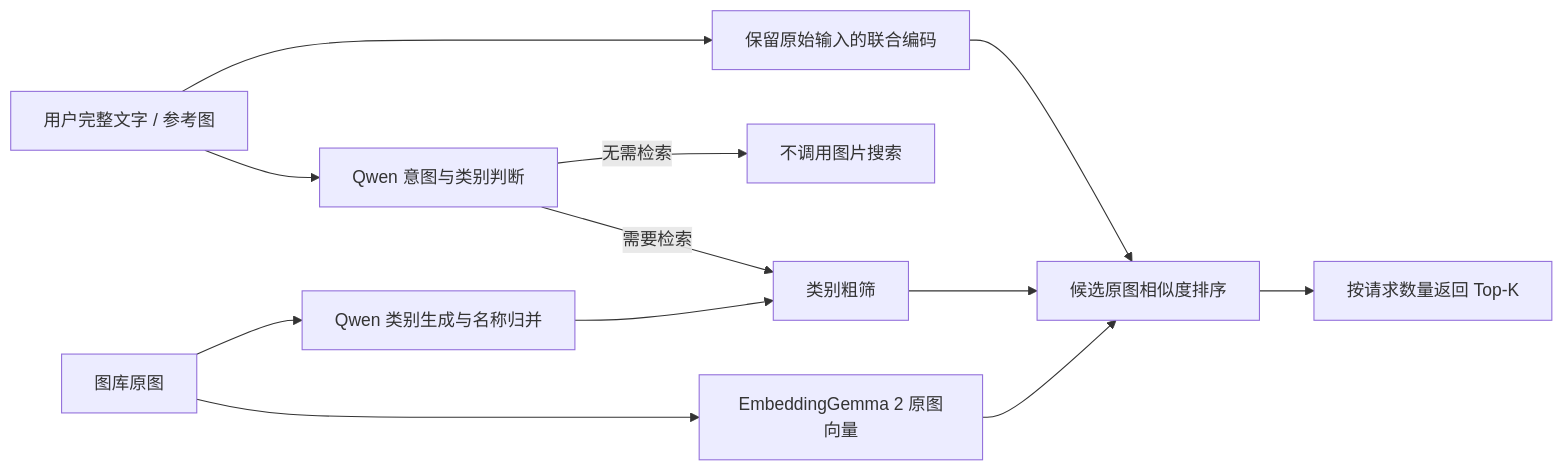
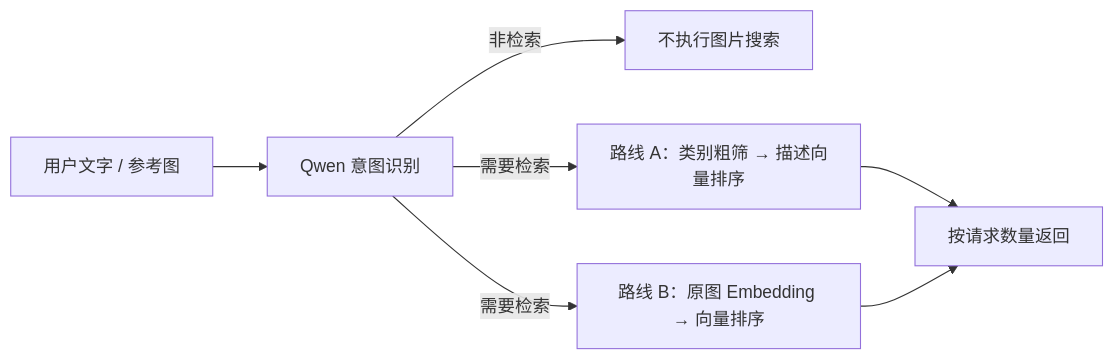
One commit to liangjianshu/multimodal-image-retrieval changed the diagram in README.md. Above: the diagram before and after it, drawn with Mermaid. The commit also changed other lines of this file and 76 other files, not shown here.

````diff
--- a/README.md
+++ b/README.md
@@ -76,14 +23,9 @@
 ```mermaid
 flowchart LR
-    A[图库原图] --> B[Qwen 类别生成与名称归并]
-    A --> C[EmbeddingGemma 2 原图向量]
-    Q[用户完整文字 / 参考图] --> R[Qwen 意图与类别判断]
-    R -->|无需检索| N[不调用图片搜索]
-    R -->|需要检索| F[类别粗筛]
-    B --> F
-    Q --> E[保留原始输入的联合编码]
-    E --> S[候选原图相似度排序]
-    F --> S
-    C --> S
-    S --> K[按请求数量返回 Top-K]
+    U[用户文字 / 参考图] --> Q[Qwen 意图识别]
+    Q -->|非检索| N[不执行图片搜索]
+    Q -->|需要检索| A[路线 A：类别粗筛 → 描述向量排序]
+    Q -->|需要检索| B[路线 B：原图 Embedding → 向量排序]
+    A --> K[按请求数量返回]
+    B --> K
 ```
````
